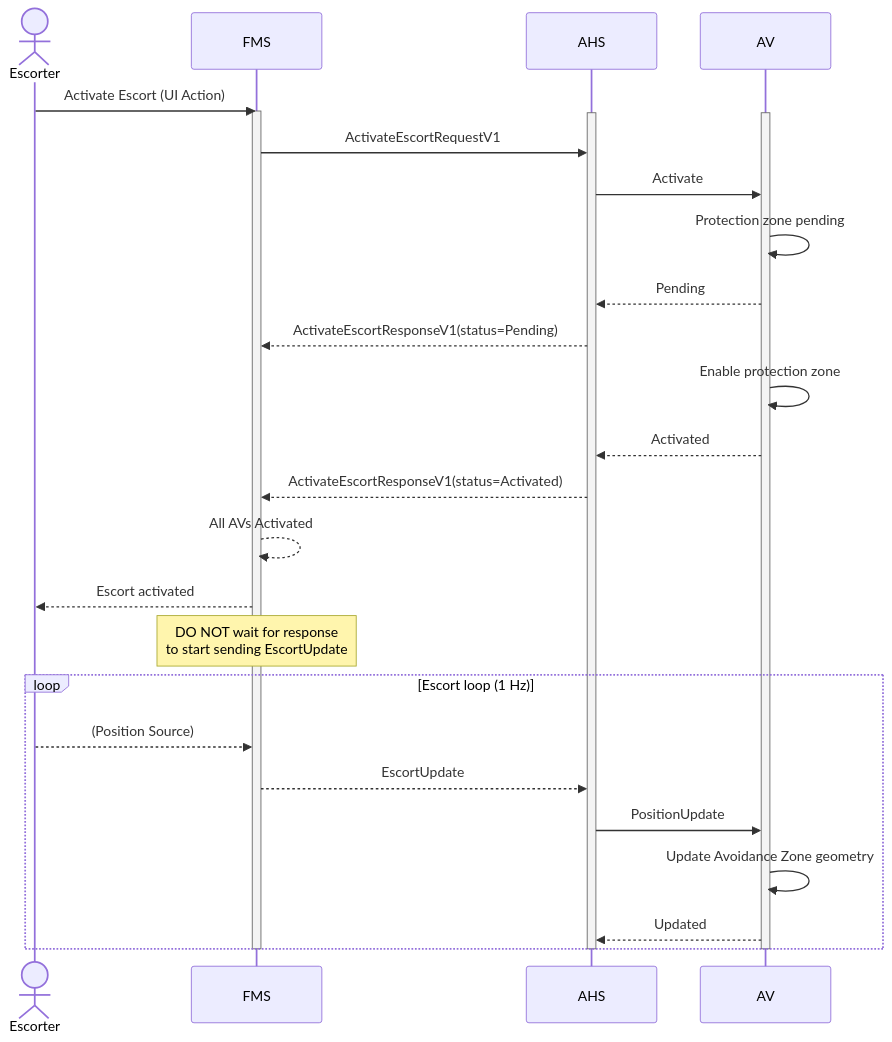
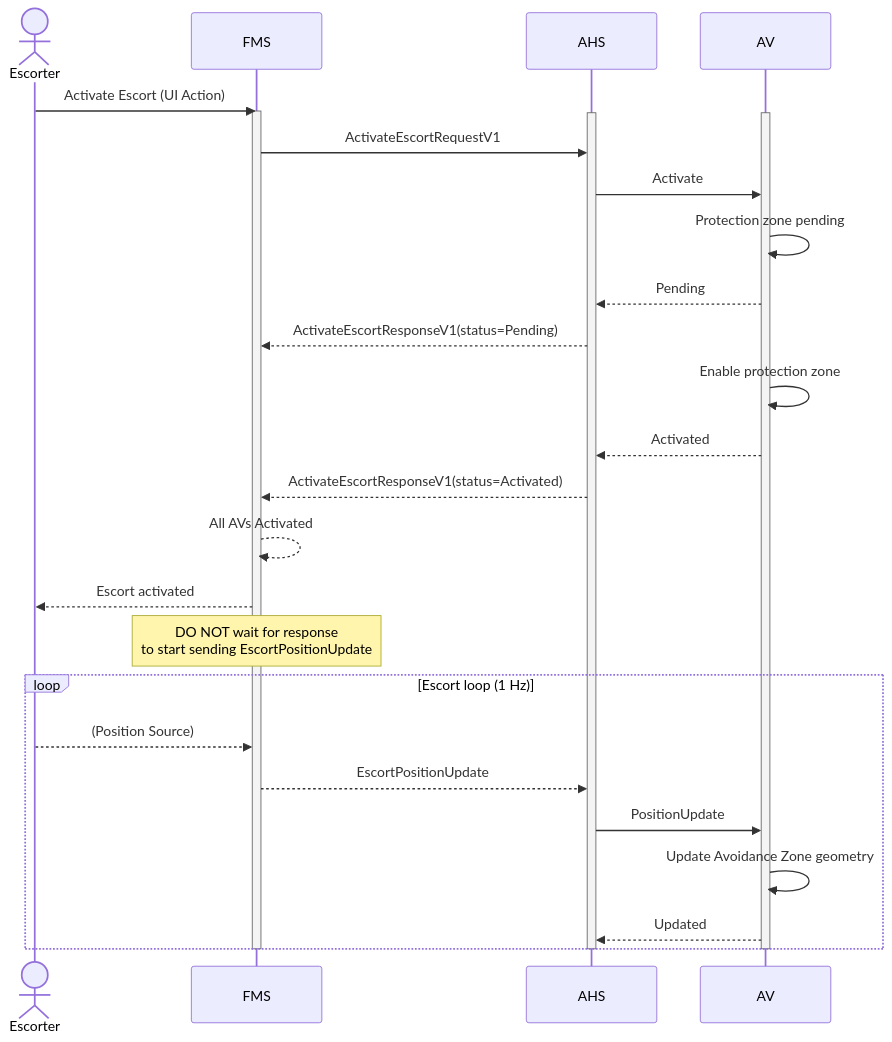
The first of 3 diagrams in diagram/EscortActivation.md (open-autonomy/escort), drawn with Mermaid before and after one commit. The commit also changed 3 other files, not shown here.

Commit message:
Change name EscortUpdate->EscortPositionUpdate

````diff
--- a/diagram/EscortActivation.md
+++ b/diagram/EscortActivation.md
@@ -9,35 +9,35 @@
 ```mermaid
 sequenceDiagram
     actor Escorter
     participant FMS
     participant AHS
     participant AV
 
     Escorter->>FMS: Activate Escort (UI Action)
     activate FMS
     activate AHS
     activate AV
     FMS->>AHS: ActivateEscortRequestV1
     AHS->>AV: Activate
     AV->>AV: Protection zone pending
     AV-->>AHS: Pending
     AHS-->>FMS: ActivateEscortResponseV1(status=Pending)
 
     AV->>AV: Enable protection zone
     AV-->>AHS: Activated
     AHS-->>FMS: ActivateEscortResponseV1(status=Activated)
     FMS-->>FMS: All AVs Activated
     FMS-->>Escorter: Escort activated
-    Note over FMS: DO NOT wait for response<br/>to start sending EscortUpdate
+    Note over FMS: DO NOT wait for response<br/>to start sending EscortPositionUpdate
     loop Escort loop (1 Hz)
         Escorter-->>FMS: (Position Source)
-        FMS-->>AHS: EscortUpdate
+        FMS-->>AHS: EscortPositionUpdate
         AHS->>AV: PositionUpdate
         AV->>AV: Update Avoidance Zone geometry
         AV-->>AHS: Updated
     end
     %% Deactivation flow moved to EscortDeactivation.md
     deactivate AV
     deactivate AHS
     deactivate FMS
 ```
````
